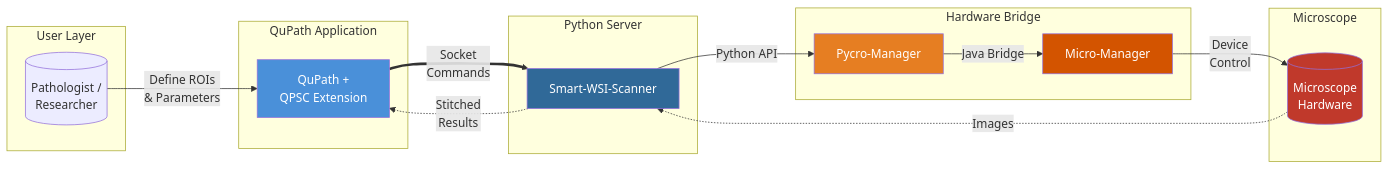
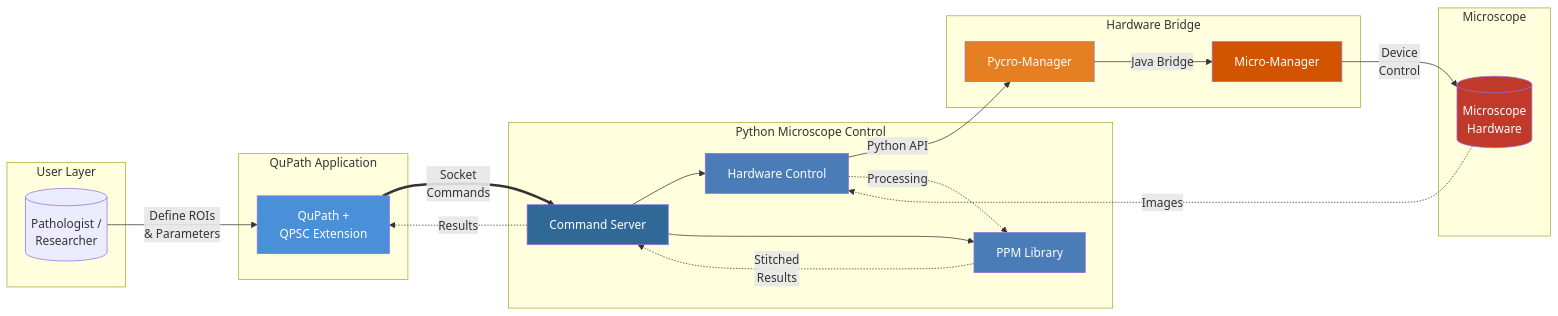
Before and after one commit to uw-loci/QPSC: the first of 4 diagrams in README.md, drawn with Mermaid. The commit also changed other lines of this file, not shown here.

First line of the commit message:
Update documentation to reflect modular Python architecture

````diff
--- a/README.md
+++ b/README.md
@@ -11,43 +11,53 @@
 ```mermaid
 flowchart LR
     subgraph User["User Layer"]
         U[("Pathologist /\nResearcher")]
     end
 
     subgraph QuPath["QuPath Application"]
         QP["QuPath +\nQPSC Extension"]
     end
 
-    subgraph Python["Python Server"]
-        SWS["Smart-WSI-Scanner"]
+    subgraph Python["Python Microscope Control"]
+        SRV["Command Server"]
+        CTRL["Hardware Control"]
+        PPM["PPM Library"]
     end
 
     subgraph Bridge["Hardware Bridge"]
         PM["Pycro-Manager"]
         MM["Micro-Manager"]
     end
 
     subgraph Hardware["Microscope"]
         HW[("Microscope\nHardware")]
     end
 
     U -->|"Define ROIs\n& Parameters"| QP
-    QP ==>|"Socket\nCommands"| SWS
-    SWS -->|"Python API"| PM
+    QP ==>|"Socket\nCommands"| SRV
+    SRV --> CTRL
+    SRV --> PPM
+    CTRL -->|"Python API"| PM
     PM -->|"Java Bridge"| MM
     MM -->|"Device\nControl"| HW
 
-    HW -.->|"Images"| SWS
-    SWS -.->|"Stitched\nResults"| QP
+    HW -.->|"Images"| CTRL
+    CTRL -.->|"Processing"| PPM
+    PPM -.->|"Stitched\nResults"| SRV
+    SRV -.->|"Results"| QP
 
     style QP fill:#4A90D9,color:#fff
-    style SWS fill:#306998,color:#fff
+    style SRV fill:#306998,color:#fff
+    style CTRL fill:#4A7DB8,color:#fff
+    style PPM fill:#4A7DB8,color:#fff
     style PM fill:#E67E22,color:#fff
     style MM fill:#D35400,color:#fff
     style HW fill:#C0392B,color:#fff
 
     click QP "https://github.com/uw-loci/qupath-extension-qpsc" "QPSC Extension Repository"
-    click SWS "https://github.com/JenuC/smart-wsi-scanner" "Smart-WSI-Scanner Repository"
+    click SRV "https://github.com/uw-loci/microscope_command_server" "Command Server Repository"
+    click CTRL "https://github.com/uw-loci/microscope_control" "Hardware Control Repository"
+    click PPM "https://github.com/uw-loci/ppm_library" "PPM Library Repository"
     click PM "https://pycro-manager.readthedocs.io/" "Pycro-Manager Documentation"
     click MM "https://micro-manager.org/" "Micro-Manager Website"
 ```
````
